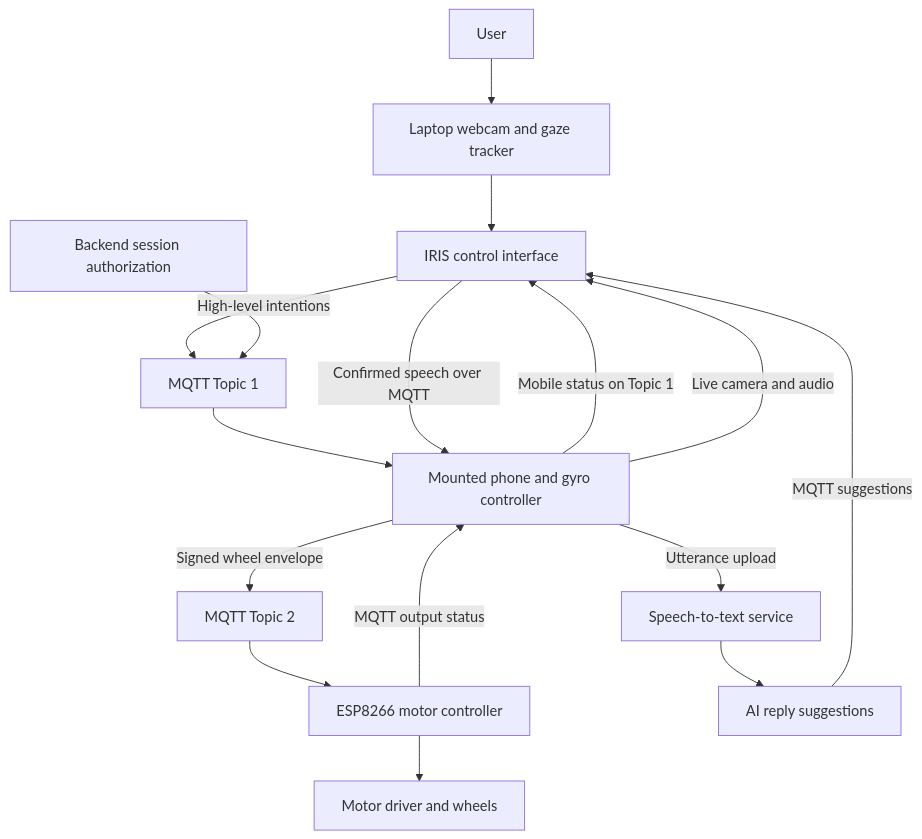
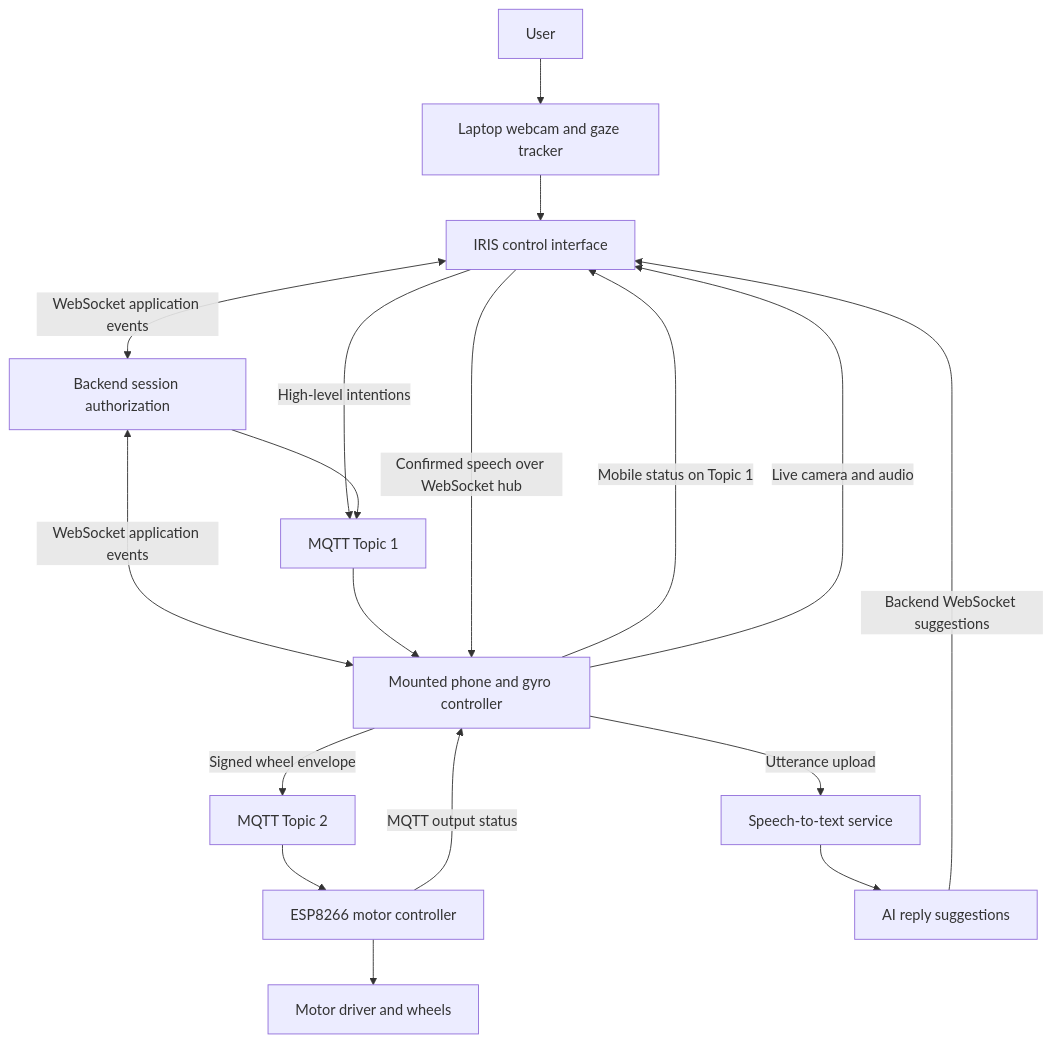
One commit to sahilchabra09/Teekhi_Nazaar changed the diagram in docs/idea.md. Above: the diagram before and after it, drawn with Mermaid. The commit also changed other lines of this file and 9 other files, not shown here.

Commit message:
docs: restore WebSocket application links alongside MQTT movement

````diff
--- a/docs/idea.md
+++ b/docs/idea.md
@@ -117,18 +117,20 @@
 ```mermaid
 flowchart TD
     U[User] --> G[Laptop webcam and gaze tracker]
     G --> UI[IRIS control interface]
     UI -->|High-level intentions| T1[MQTT Topic 1]
     B[Backend session authorization] --> T1
+    UI <-->|WebSocket application events| B
+    B <-->|WebSocket application events| PHONE
     T1 --> PHONE[Mounted phone and gyro controller]
     PHONE -->|Signed wheel envelope| T2[MQTT Topic 2]
     T2 --> ESP[ESP8266 motor controller]
     ESP --> MD[Motor driver and wheels]
     ESP -->|MQTT output status| PHONE
     PHONE -->|Mobile status on Topic 1| UI
     PHONE -->|Live camera and audio| UI
     PHONE -->|Utterance upload| STT[Speech-to-text service]
     STT --> LLM[AI reply suggestions]
-    LLM -->|MQTT suggestions| UI
-    UI -->|Confirmed speech over MQTT| PHONE
+    LLM -->|Backend WebSocket suggestions| UI
+    UI -->|Confirmed speech over WebSocket hub| PHONE
 ```
````
